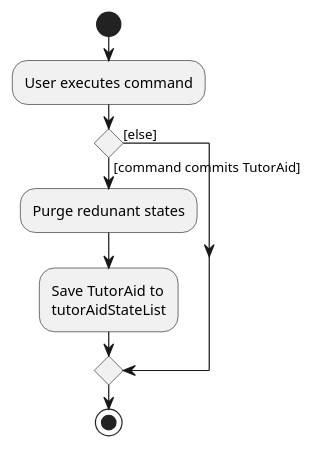
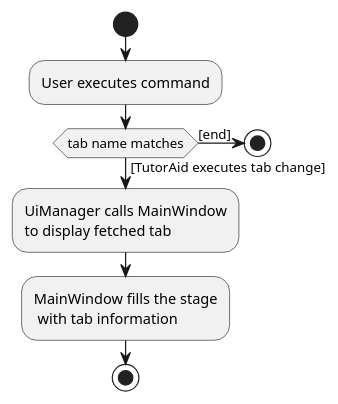
Before and after one commit to nus-cs2103-AY1920S1/addressbook-level3: the diagram in docs/diagrams/CommitActivityDiagram.puml, drawn with PlantUML. The commit also changed 14 other files, not shown here.

```diff
--- a/docs/diagrams/CommitActivityDiagram.puml
+++ b/docs/diagrams/CommitActivityDiagram.puml
@@ -1,15 +1,16 @@
 @startuml
 start
 :User executes command;
 
 'Since the beta syntax does not support placing the condition outside the
 'diamond we place it as the true branch instead.
 
-if () then ([command commits TutorAid])
-    :Purge redunant states;
-    :Save TutorAid to
-    tutorAidStateList;
-else ([else])
-endif
+if (tab name matches) then ([TutorAid executes tab change])
+    :UiManager calls MainWindow
+    to display fetched tab;
+    :MainWindow fills the stage
+     with tab information;
+stop
+else ([end])
 stop
 @enduml
```
